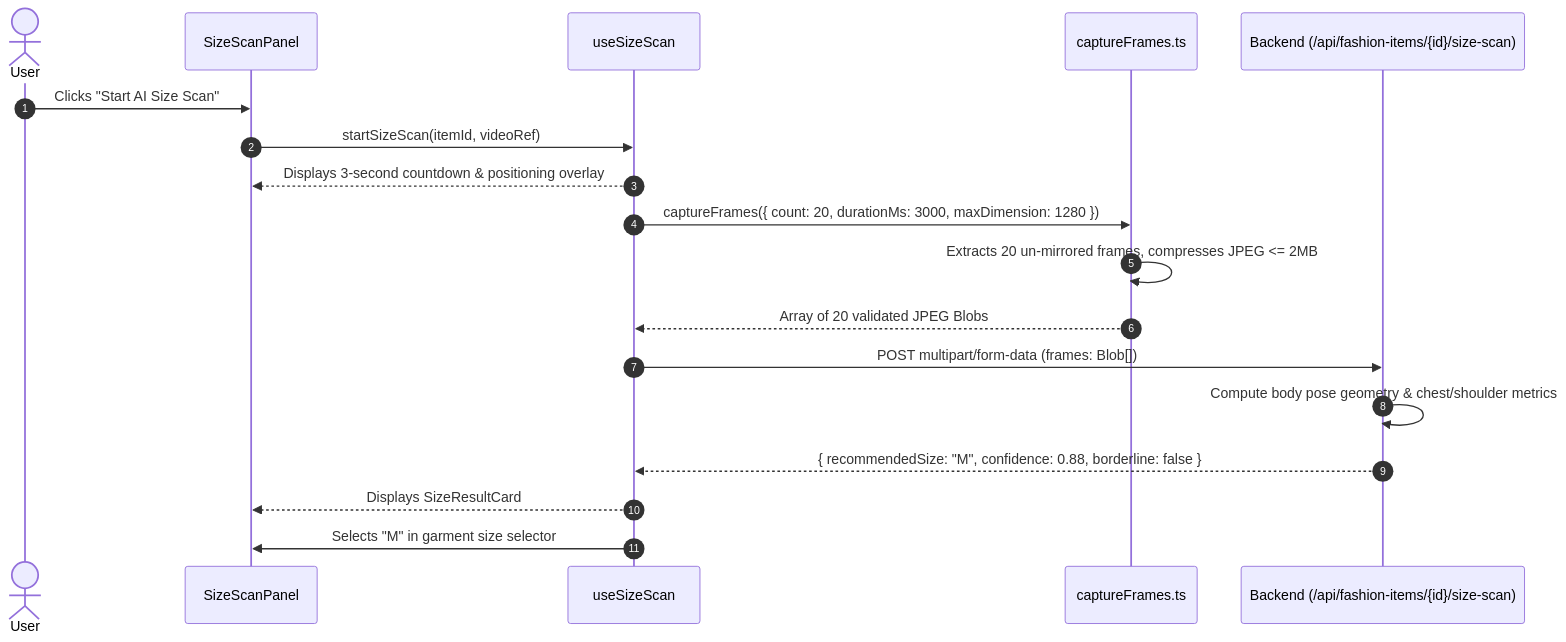
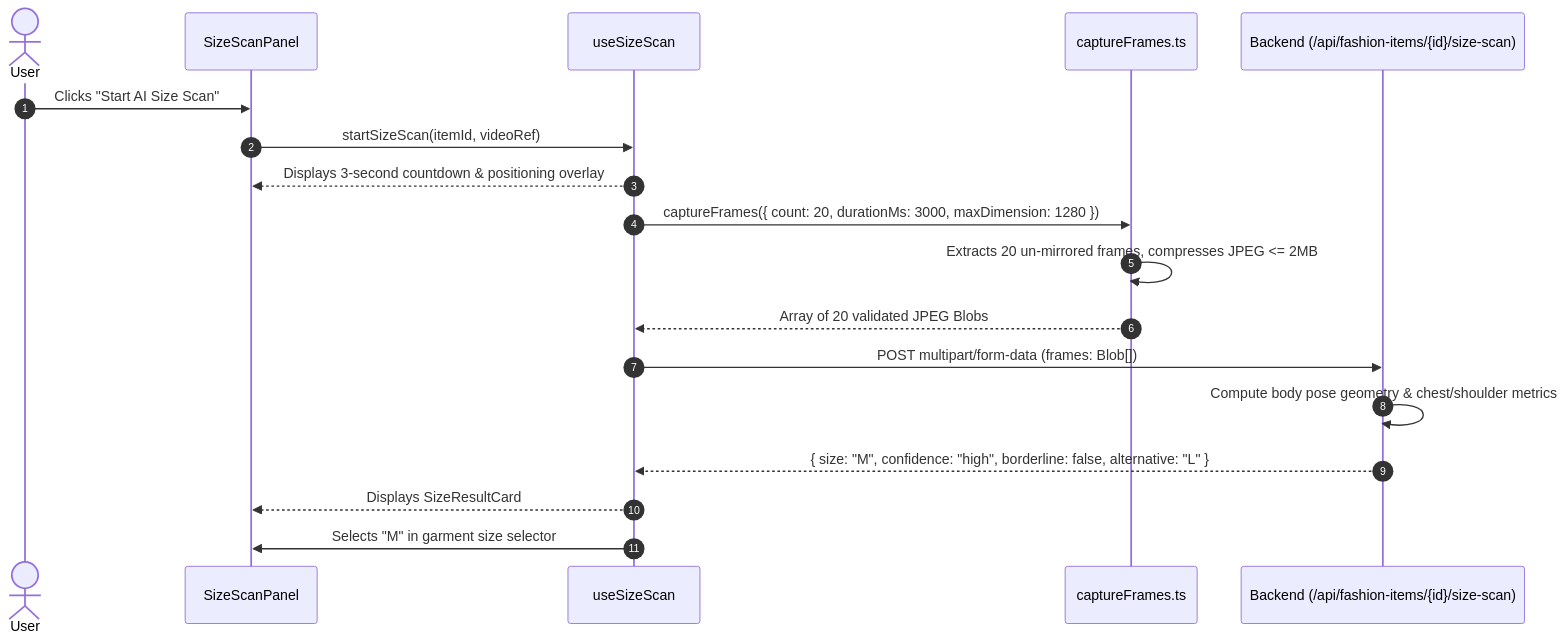
Before and after one commit to gamalwessam21/TryOnStudio: the fifth of 11 diagrams in README.md, drawn with Mermaid. The commit also changed other lines of this file, not shown here.

Commit message:
docs: update README with verified architecture and project structure

````diff
--- a/README.md
+++ b/README.md
@@ -900,21 +356,21 @@
 ```mermaid
 sequenceDiagram
     autonumber
     actor User
     participant Panel as SizeScanPanel
     participant Hook as useSizeScan
     participant Canvas as captureFrames.ts
     participant Backend as Backend (/api/fashion-items/{id}/size-scan)
 
     User->>Panel: Clicks "Start AI Size Scan"
     Panel->>Hook: startSizeScan(itemId, videoRef)
     Hook-->>Panel: Displays 3-second countdown & positioning overlay
     Hook->>Canvas: captureFrames({ count: 20, durationMs: 3000, maxDimension: 1280 })
     Canvas->>Canvas: Extracts 20 un-mirrored frames, compresses JPEG <= 2MB
     Canvas-->>Hook: Array of 20 validated JPEG Blobs
     Hook->>Backend: POST multipart/form-data (frames: Blob[])
     Backend->>Backend: Compute body pose geometry & chest/shoulder metrics
-    Backend-->>Hook: { recommendedSize: "M", confidence: 0.88, borderline: false }
+    Backend-->>Hook: { size: "M", confidence: "high", borderline: false, alternative: "L" }
     Hook-->>Panel: Displays SizeResultCard
     Hook->>Panel: Selects "M" in garment size selector
 ```
````
